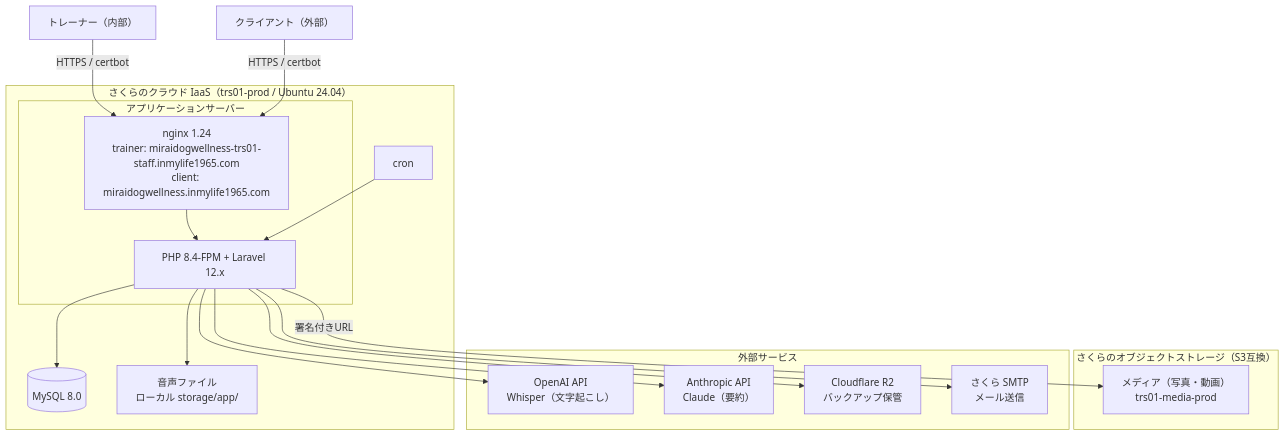
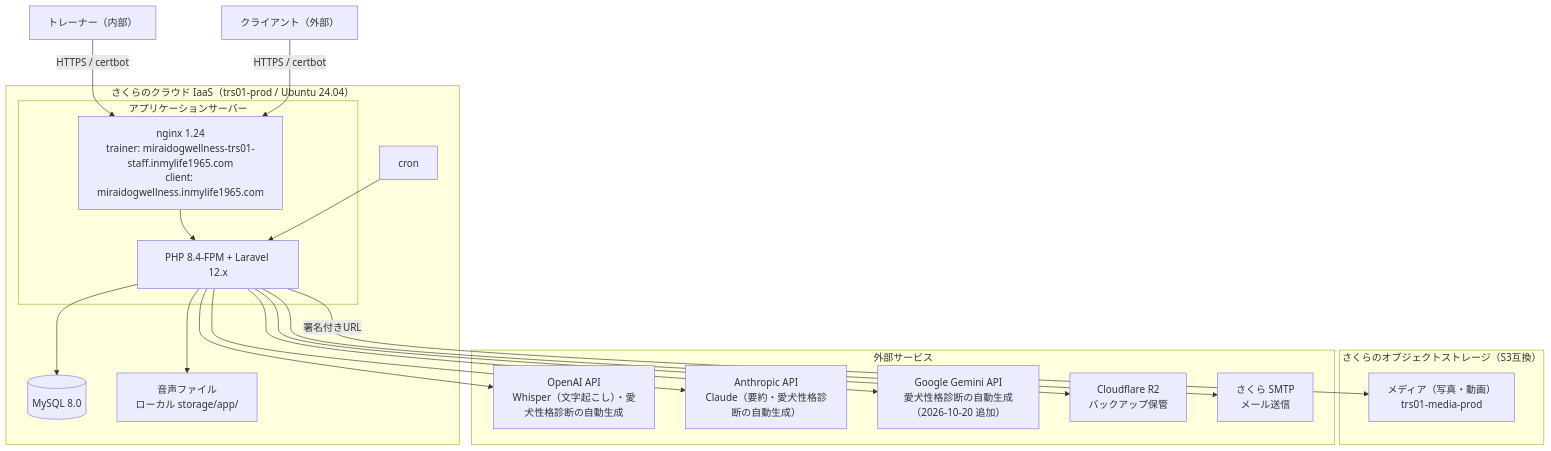
Before and after one commit to y-ouchi-inmylife/training-record-system-01: the diagram in docs/architecture.md, drawn with Mermaid. The commit also changed other lines of this file and 4 other files, not shown here.

````diff
--- a/docs/architecture.md
+++ b/docs/architecture.md
@@ -14,39 +14,41 @@
 ```mermaid
 flowchart TD
     Trainer[トレーナー（内部）]
     Client[クライアント（外部）]
 
     subgraph Sakura["さくらのクラウド IaaS（trs01-prod / Ubuntu 24.04）"]
         subgraph AppServer["アプリケーションサーバー"]
             Nginx["nginx 1.24<br/>trainer: miraidogwellness-trs01-staff.inmylife1965.com<br/>client: miraidogwellness.inmylife1965.com"]
             App[PHP 8.4-FPM + Laravel 12.x]
         end
         Cron[cron]
         DB[(MySQL 8.0)]
         LocalAudio[音声ファイル<br/>ローカル storage/app/]
     end
 
     subgraph SakuraObj["さくらのオブジェクトストレージ（S3互換）"]
         Media[メディア（写真・動画）<br/>trs01-media-prod]
     end
 
     subgraph External["外部サービス"]
-        OpenAI[OpenAI API<br/>Whisper（文字起こし）]
-        Anthropic[Anthropic API<br/>Claude（要約）]
+        OpenAI[OpenAI API<br/>Whisper（文字起こし）・愛犬性格診断の自動生成]
+        Anthropic[Anthropic API<br/>Claude（要約・愛犬性格診断の自動生成）]
+        Gemini[Google Gemini API<br/>愛犬性格診断の自動生成（2026-10-20 追加）]
         R2[Cloudflare R2<br/>バックアップ保管]
         SMTP[さくら SMTP<br/>メール送信]
     end
 
     Trainer -->|HTTPS / certbot| Nginx
     Client -->|HTTPS / certbot| Nginx
     Nginx --> App
     Cron --> App
     App --> DB
     App --> LocalAudio
 
     App -->|署名付きURL| Media
     App --> OpenAI
     App --> Anthropic
+    App --> Gemini
     App --> R2
     App --> SMTP
 ```
````
